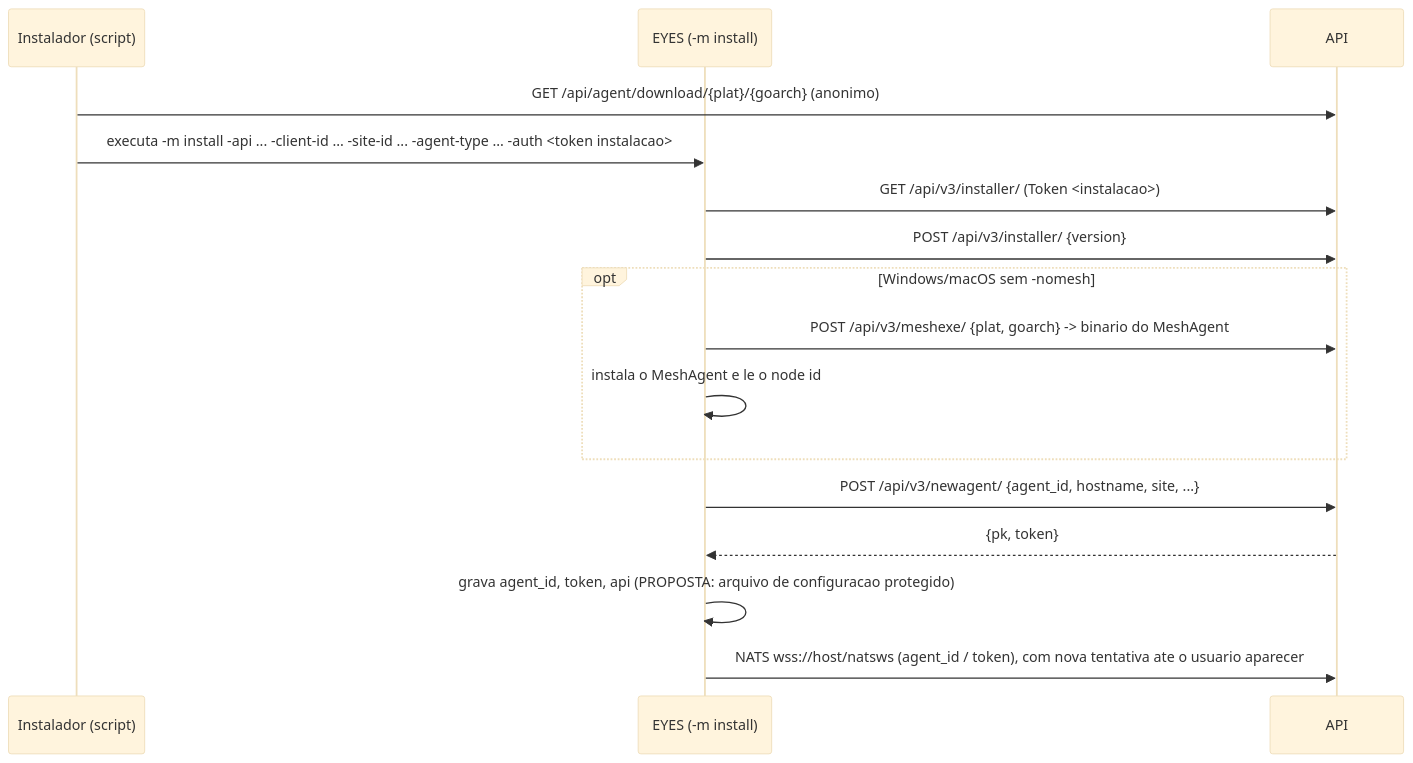
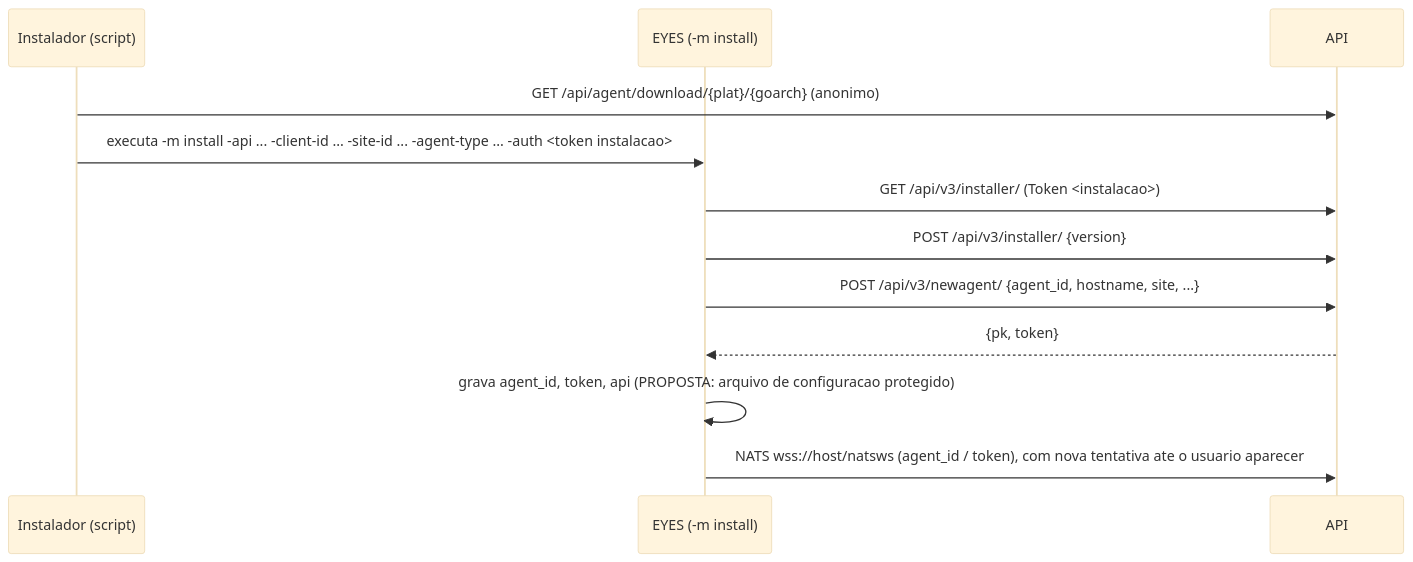
Before and after one commit to PauloACruz/CYBEREYES: the diagram in docs/agente/contrato-eyes.md, drawn with Mermaid (base theme). The commit also changed other lines of this file and 66 other files, not shown here.

````diff
--- a/docs/agente/contrato-eyes.md
+++ b/docs/agente/contrato-eyes.md
@@ -198,18 +200,14 @@
 ```mermaid
 sequenceDiagram
     participant I as Instalador (script)
     participant A as EYES (-m install)
     participant S as API
     I->>S: GET /api/agent/download/{plat}/{goarch} (anonimo)
     I->>A: executa -m install -api ... -client-id ... -site-id ... -agent-type ... -auth <token instalacao>
     A->>S: GET  /api/v3/installer/          (Token <instalacao>)
     A->>S: POST /api/v3/installer/ {version}
-    opt Windows/macOS sem -nomesh
-        A->>S: POST /api/v3/meshexe/ {plat, goarch} -> binario do MeshAgent
-        A->>A: instala o MeshAgent e le o node id
-    end
     A->>S: POST /api/v3/newagent/ {agent_id, hostname, site, ...}
     S-->>A: {pk, token}
     A->>A: grava agent_id, token, api (PROPOSTA: arquivo de configuracao protegido)
     A->>S: NATS wss://host/natsws (agent_id / token), com nova tentativa ate o usuario aparecer
 ```
````
